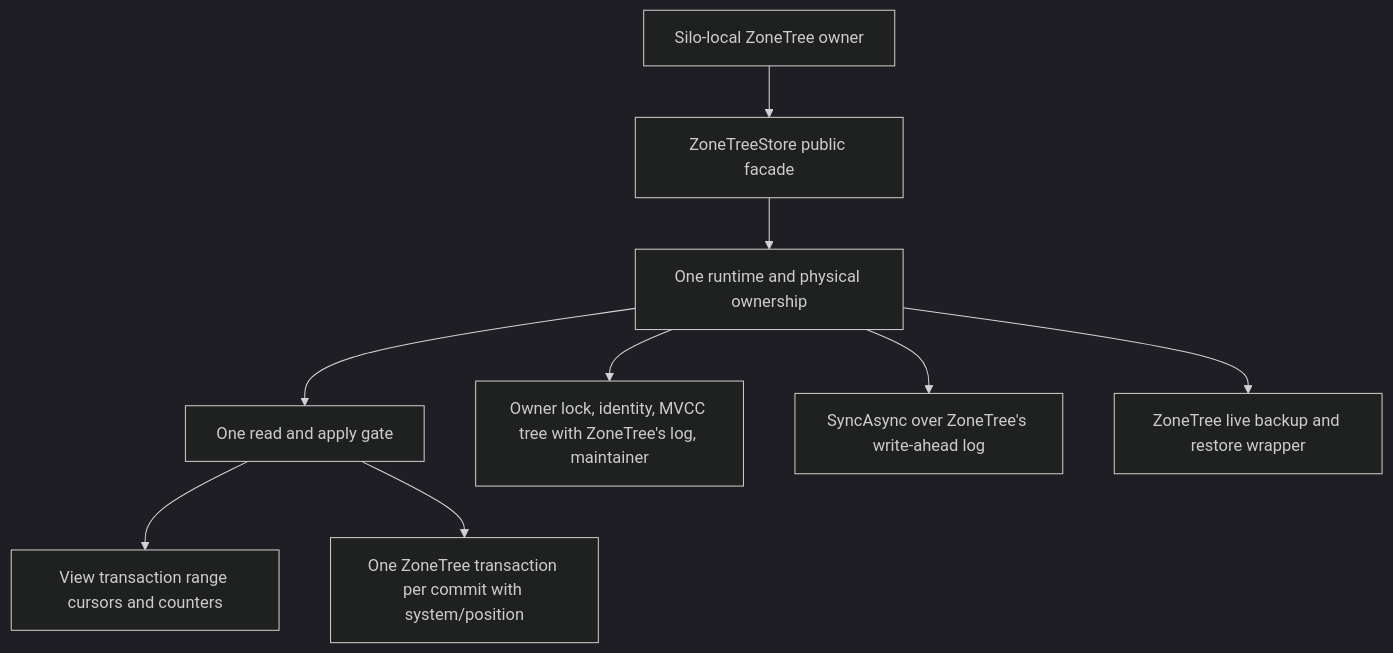
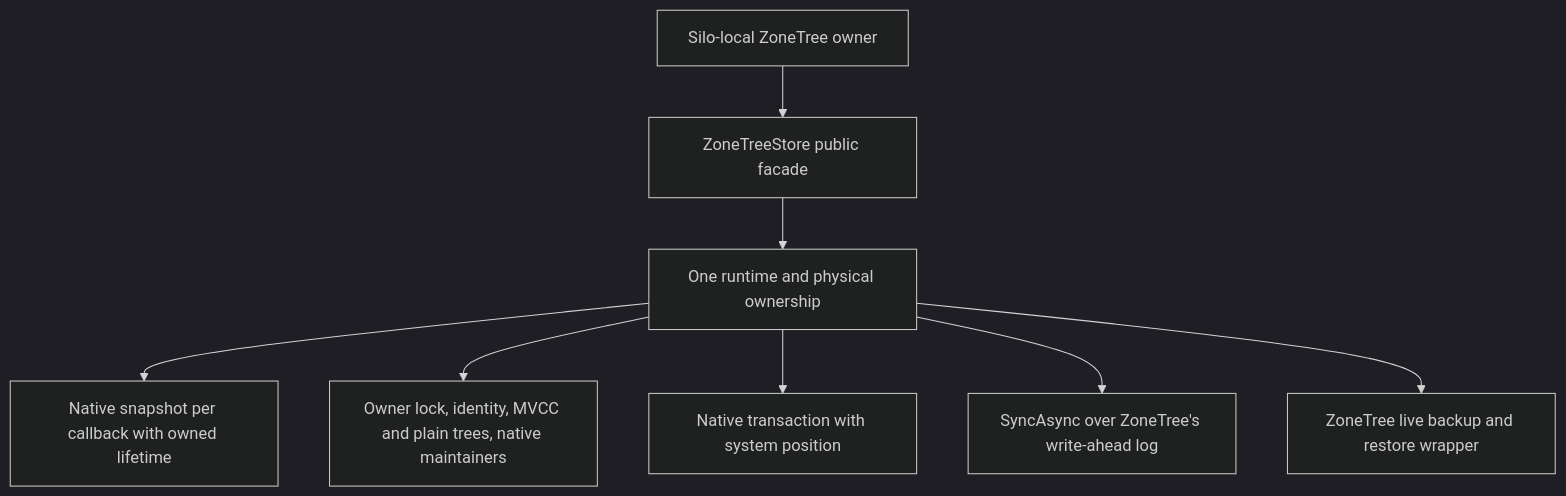
Before and after one commit to managedcode/KeyLoad: the diagram in docs/ADR/ADR-046-storage-private-owners.md, drawn with Mermaid (dark theme). The commit also changed other lines of this file and 856 other files, not shown here.

````diff
--- a/docs/ADR/ADR-046-storage-private-owners.md
+++ b/docs/ADR/ADR-046-storage-private-owners.md
@@ -42,11 +44,10 @@
 ```mermaid
 flowchart TD
     Host[Silo-local ZoneTree owner] --> Facade[ZoneTreeStore public facade]
     Facade --> Runtime[One runtime and physical ownership]
-    Runtime --> Gate[One read and apply gate]
-    Runtime --> Handles[Owner lock, identity, MVCC tree with ZoneTree's log, maintainer]
-    Gate --> Reads[View transaction range cursors and counters]
-    Gate --> Publication[One ZoneTree transaction per commit with system/position]
+    Runtime --> Reads[Native snapshot per callback with owned lifetime]
+    Runtime --> Handles[Owner lock, identity, MVCC and plain trees, native maintainers]
+    Runtime --> Publication[Native transaction with system position]
     Runtime --> Sync[SyncAsync over ZoneTree's write-ahead log]
     Runtime --> Backup[ZoneTree live backup and restore wrapper]
 ```
````
